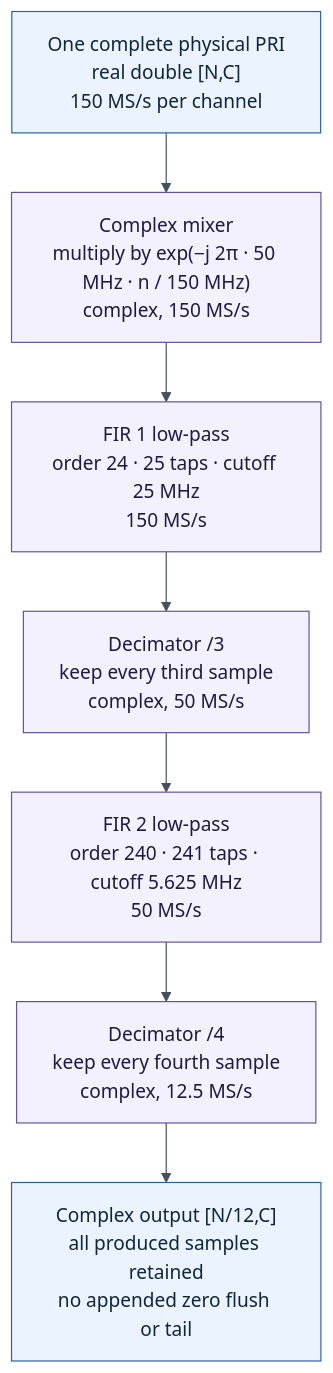
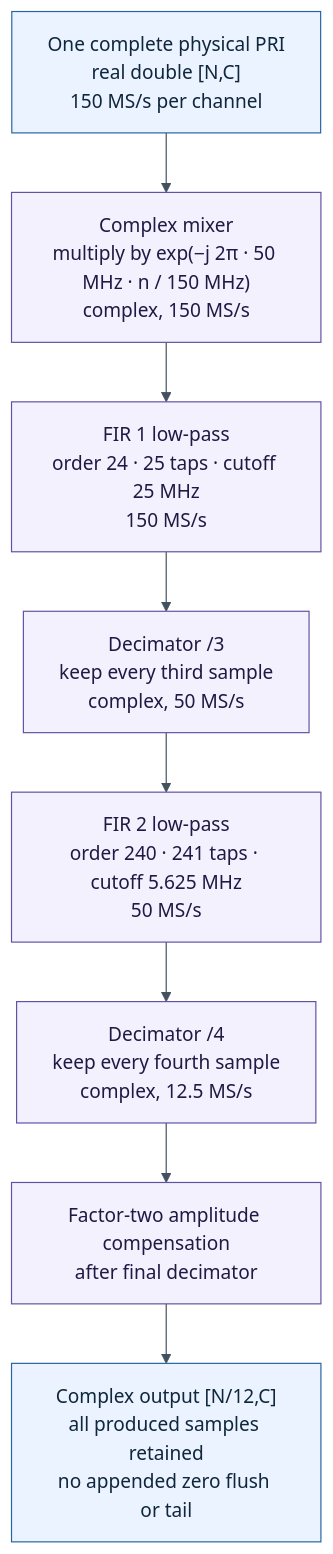
One commit to JulioLeonPhd/ai-mbd-pilot-project changed the diagram in docs/examples/assets/ddc-algorithm.mmd. Above: the diagram before and after it, drawn with Mermaid. The commit also changed 6 other files, not shown here.

```diff
--- a/docs/examples/assets/ddc-algorithm.mmd
+++ b/docs/examples/assets/ddc-algorithm.mmd
@@ -1,16 +1,17 @@
 flowchart TB
     input["One complete physical PRI<br/>real double [N,C]<br/>150 MS/s per channel"]
     mix["Complex mixer<br/>multiply by exp(−j 2π · 50 MHz · n / 150 MHz)<br/>complex, 150 MS/s"]
     fir1["FIR 1 low-pass<br/>order 24 · 25 taps · cutoff 25 MHz<br/>150 MS/s"]
     dec3["Decimator /3<br/>keep every third sample<br/>complex, 50 MS/s"]
     fir2["FIR 2 low-pass<br/>order 240 · 241 taps · cutoff 5.625 MHz<br/>50 MS/s"]
     dec4["Decimator /4<br/>keep every fourth sample<br/>complex, 12.5 MS/s"]
+    gain["Factor-two amplitude compensation<br/>after final decimator"]
     output["Complex output [N/12,C]<br/>all produced samples retained<br/>no appended zero flush or tail"]
 
-    input --> mix --> fir1 --> dec3 --> fir2 --> dec4 --> output
+    input --> mix --> fir1 --> dec3 --> fir2 --> dec4 --> gain --> output
 
     classDef signal fill:#eaf3ff,stroke:#2864a0,color:#10263b
     classDef operation fill:#f4f1ff,stroke:#6352a3,color:#201943
     class input,output signal
-    class mix,fir1,dec3,fir2,dec4 operation
+    class mix,fir1,dec3,fir2,dec4,gain operation
     linkStyle default stroke:#43515e,color:#10263b
```
